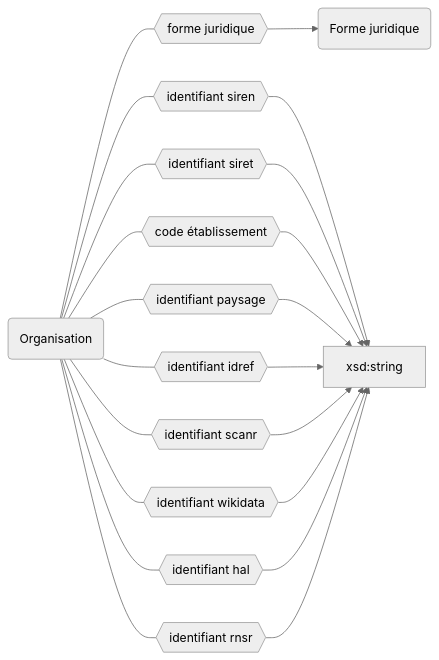
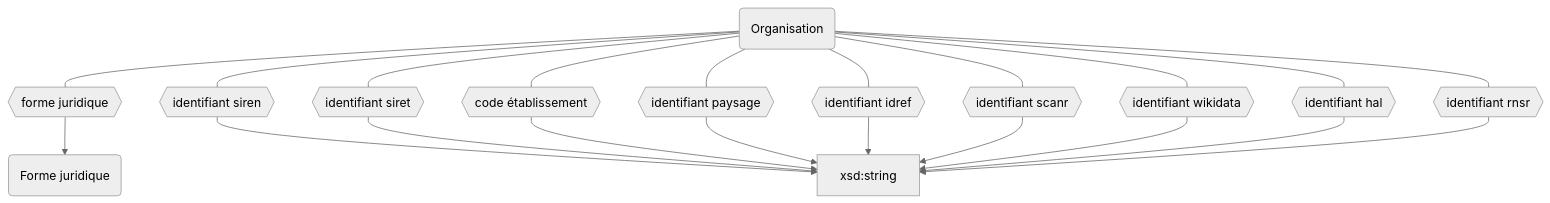
Before and after one commit to abes-esr/movies-doc: the diagram in docs/Modélisation Movies/Description des établissements.md, drawn with Mermaid (neutral theme). The commit also changed other lines of this file and 11 other files, not shown here.

````diff
--- a/docs/Modélisation Movies/Description des établissements.md
+++ b/docs/Modélisation Movies/Description des établissements.md
@@ -3,16 +3,16 @@
 ```mermaid
-graph LR
+graph TD
     ORG(Organisation)
     FORMEJ(Forme juridique)
     
     ORG --- fj{{forme juridique}} --> FORMEJ
     ORG --- siren{{identifiant siren}} --> xsd:string
     ORG --- siret{{identifiant siret}} --> xsd:string
     ORG --- code_etab{{code établissement}} --> xsd:string
     ORG --- paysage{{identifiant paysage}} --> xsd:string
     ORG --- idref{{identifiant idref}} --> xsd:string
     ORG --- scanr{{identifiant scanr}} --> xsd:string
     ORG --- wikidata{{identifiant wikidata}} --> xsd:string
     ORG --- hal{{identifiant hal}} --> xsd:string
     ORG --- rnsr{{identifiant rnsr}} --> xsd:string
 ```
````
